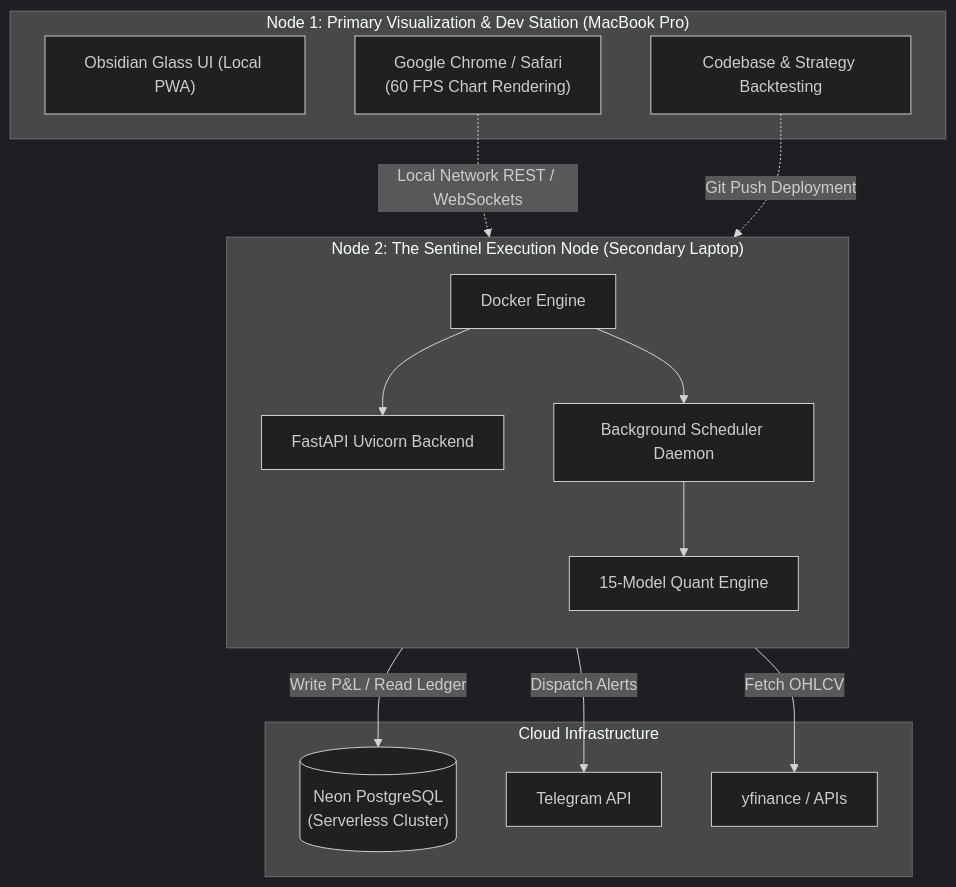
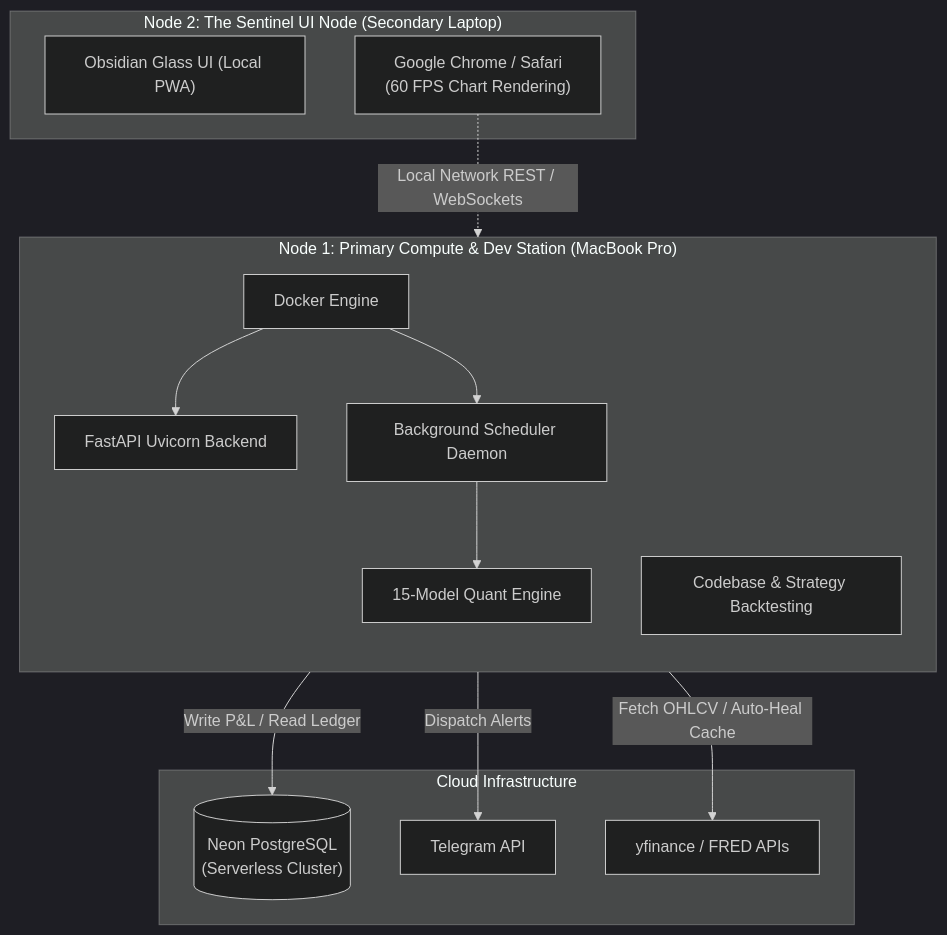
The second of 3 diagrams in README.md (SaiSiddharthBS/MarketAnalyser), drawn with Mermaid (dark theme) before and after one commit. The commit also changed other lines of this file, not shown here.

Commit message:
docs: Remove accuracy chart, fix node mapping, add deep dive explanations

````diff
--- a/README.md
+++ b/README.md
@@ -76,32 +76,31 @@
 ```mermaid
 graph TB
-    subgraph "Node 1: Primary Visualization & Dev Station (MacBook Pro)"
-        UI["Obsidian Glass UI (Local PWA)"]
-        Dev["Codebase & Strategy Backtesting"]
-        UI_Browser["Google Chrome / Safari<br/>(60 FPS Chart Rendering)"]
-    end
-
-    subgraph "Node 2: The Sentinel Execution Node (Secondary Laptop)"
+    subgraph "Node 1: Primary Compute & Dev Station (MacBook Pro)"
         direction TB
         Docker["Docker Engine"]
         FastAPI["FastAPI Uvicorn Backend"]
         Cron["Background Scheduler Daemon"]
         Quant["15-Model Quant Engine"]
+        Dev["Codebase & Strategy Backtesting"]
         
         Docker --> FastAPI
         Docker --> Cron
         Cron --> Quant
     end
 
+    subgraph "Node 2: The Sentinel UI Node (Secondary Laptop)"
+        UI["Obsidian Glass UI (Local PWA)"]
+        UI_Browser["Google Chrome / Safari<br/>(60 FPS Chart Rendering)"]
+    end
+
     subgraph "Cloud Infrastructure"
         DB[("Neon PostgreSQL<br/>(Serverless Cluster)")]
         TG["Telegram API"]
-        Data["yfinance / APIs"]
+        Data["yfinance / FRED APIs"]
     end
 
     UI_Browser -.->|Local Network REST / WebSockets| FastAPI
     Quant -->|Write P&L / Read Ledger| DB
-    Quant -->|Fetch OHLCV| Data
+    Quant -->|Fetch OHLCV / Auto-Heal Cache| Data
     Cron -->|Dispatch Alerts| TG
-    Dev -.->|Git Push Deployment| Docker
 ```
````
